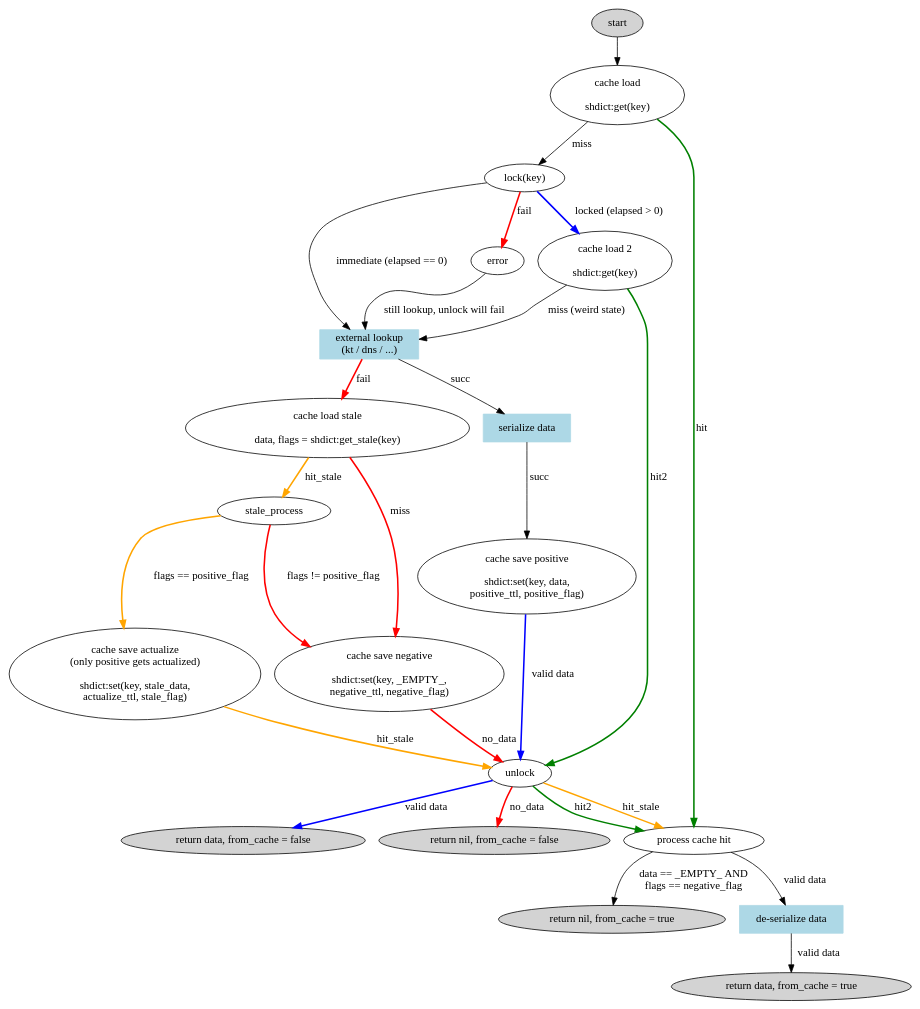
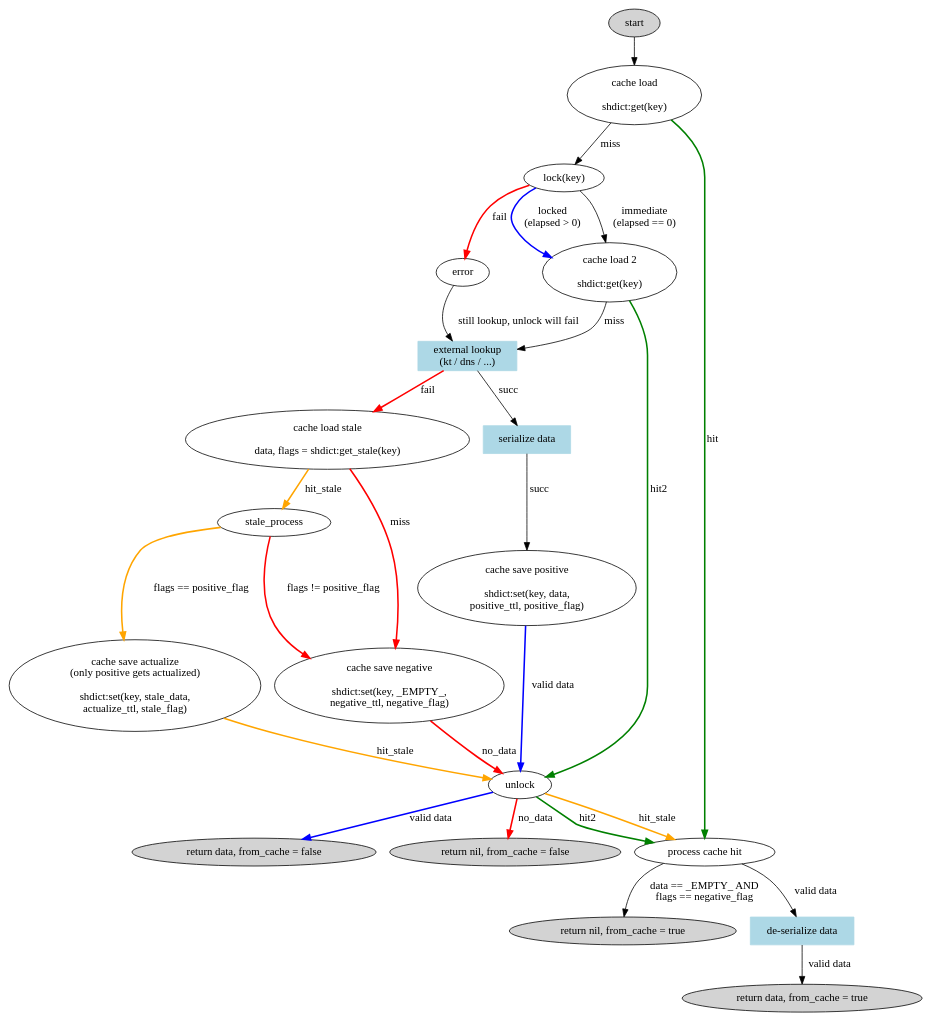
One commit to mtourne/ngx.shcache changed the diagram in shcache.dot. Above: the diagram before and after it, drawn with Graphviz. The commit also changed 2 other files, not shown here.

```diff
--- a/shcache.dot
+++ b/shcache.dot
@@ -1,70 +1,73 @@
 digraph G {
     compound=true;
 
     cache_load              [ label = "cache load\n\nshdict:get(key)" ];
     cache_load_stale        [ label = "cache load stale\n\ndata, flags = shdict:get_stale(key)" ];
 
-    cache_load_locked       [ label = "cache load 2\n\nshdict:get(key)" ];
+    cache_load_2            [ label = "cache load 2\n\nshdict:get(key)" ];
 
     cache_save_positive     [ label = "cache save positive\n\nshdict:set(key, data,\npositive_ttl, positive_flag)" ];
     cache_save_negative     [ label = "cache save negative\n\nshdict:set(key, _EMPTY_,\nnegative_ttl, negative_flag)" ];
 
     cache_save_actualize    [ label = "cache save actualize\n(only positive gets actualized)\n\nshdict:set(key, stale_data,\nactualize_ttl, stale_flag)" ];
 
     lock_key                [ label = "lock(key)" ];
 
     process_hit             [ label = "process cache hit" ];
 
     { node [ style = filled ];
         start;
         ret_data_from_cache     [ label = "return data, from_cache = true" ];
         ret_nil_from_cache      [ label = "return nil, from_cache = true" ];
         ret_data_not_cache      [ label = "return data, from_cache = false" ];
         ret_nil_not_cache      [ label = "return nil, from_cache = false" ];
     }
 
     { node [ shape = box, style = filled, color = lightblue ]
         lookup                  [ label = "external lookup\n(kt / dns / ...)" ];
         encode_data             [ label = "serialize data" ];
         decode_data             [ label = "de-serialize data" ];
     }
 
     start -> cache_load;
 
     cache_load  -> lock_key                 [ label = "miss" ];
     cache_load  -> process_hit              [ label = "hit", style = bold, color = green ];
 
     # fail at locking
     lock_key            -> error                    [ label = "fail", style=bold, color=red ];
     error               -> lookup                   [ label = "still lookup, unlock will fail"];
 
     # locked (immediate)
-    lock_key            -> lookup                   [ label = "immediate (elapsed == 0)" ];
+    lock_key            -> cache_load_2             [ label = "immediate\n(elapsed == 0)" ];
+
+    # locked (waited)
+    lock_key            -> cache_load_2             [ label = "locked\n(elapsed > 0)", style = bold, color = blue ];
+
+
+    cache_load_2 ->  lookup                         [ label = "miss" ];
+    cache_load_2 ->  unlock                         [ label = "hit2", style = bold, color = green ];
+
 
     lookup              -> cache_load_stale         [ label = "fail", style = bold, color = red ];
     lookup              -> encode_data -> cache_save_positive      [ label = "succ" ];
 
     cache_load_stale    -> cache_save_negative      [ label = "miss", style = bold, color = red ];
     cache_load_stale    -> stale_process            [ label = "hit_stale", style = bold, color = orange ];
 
     stale_process       -> cache_save_actualize     [ label = "flags == positive_flag", style = bold, color = orange ]
     stale_process       -> cache_save_negative      [ label = "flags != positive_flag", style = bold, color = red ];
 
     cache_save_actualize -> unlock -> process_hit   [ label = "hit_stale", style = bold, color = orange ];
 
     cache_save_negative -> unlock   -> ret_nil_not_cache                [ label = "no_data", style = bold, color = red ];
 
-    cache_save_positive -> unlock -> ret_data_not_cache                [ label = "valid data", style = bold, color = blue];
+    cache_save_positive -> unlock -> ret_data_not_cache                 [ label = "valid data", style = bold, color = blue];
 
-    # locked (waited)
-    lock_key          -> cache_load_locked          [ label = "locked (elapsed > 0)", style = bold, color = blue ];
-
-    cache_load_locked ->  lookup                    [ label = "miss (weird state)" ];
-    cache_load_locked ->  unlock                    [ label = "hit2", style = bold, color = green ];
     unlock -> process_hit                           [ label = "hit2", style = bold, color = green ];
 
-    process_hit -> ret_nil_from_cache                    [ label = "data == _EMPTY_ AND\nflags == negative_flag" ];
+    process_hit -> ret_nil_from_cache               [ label = "data == _EMPTY_ AND\nflags == negative_flag" ];
 
     process_hit -> decode_data -> ret_data_from_cache                [ label = "valid data" ];
 
 }
```
